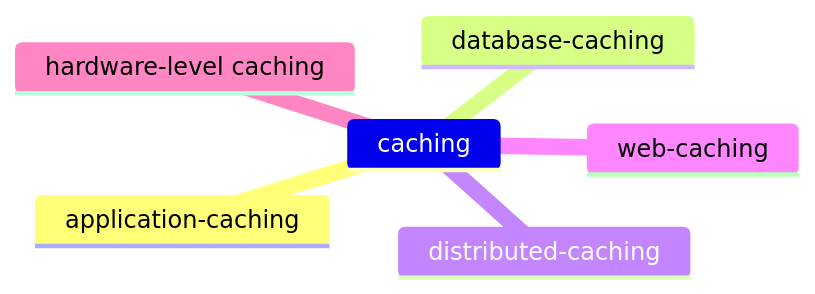
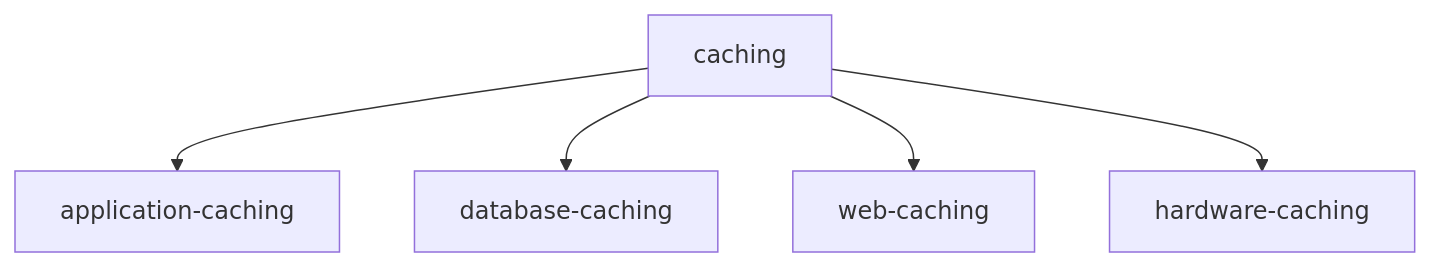
The diagram in caching/overview.md (Sri2103/LearningNotes), drawn with Mermaid before and after one commit. The commit also changed 7 other files, not shown here.

````diff
--- a/caching/overview.md
+++ b/caching/overview.md
@@ -17,9 +27,7 @@
 ```mermaid
-mindmap
-  caching
-    application-caching
-    database-caching
-    distributed-caching
-    web-caching
-    hardware-level caching
+graph TD
+  caching --> application-caching
+  caching --> database-caching
+  caching --> web-caching
+  caching --> hardware-caching
 ```
````
